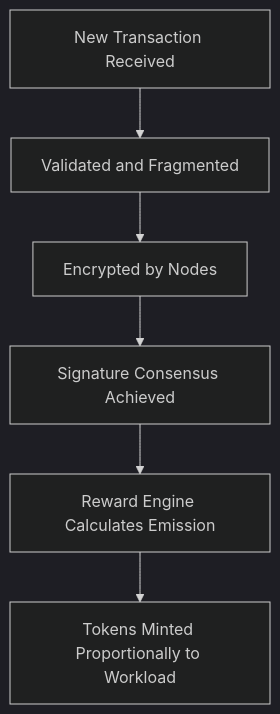
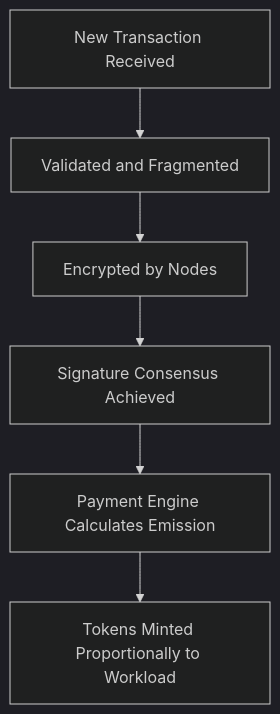
The diagram in 03_token_management_layer/token_issuance_protocol.md (Aros-Technology-Studio/AST-Aros-Financial-Paradigm), drawn with Mermaid (dark theme) before and after one commit. The commit also changed other lines of this file and 29 other files, not shown here.

````diff
--- a/03_token_management_layer/token_issuance_protocol.md
+++ b/03_token_management_layer/token_issuance_protocol.md
@@ -31,8 +31,8 @@
 ```mermaid
 flowchart TD
     A[New Transaction Received] --> B[Validated and Fragmented]
     B --> C[Encrypted by Nodes]
     C --> D[Signature Consensus Achieved]
-    D --> E[Reward Engine Calculates Emission]
+    D --> E[Payment Engine Calculates Emission]
     E --> F[Tokens Minted Proportionally to Workload]
 ```
````
